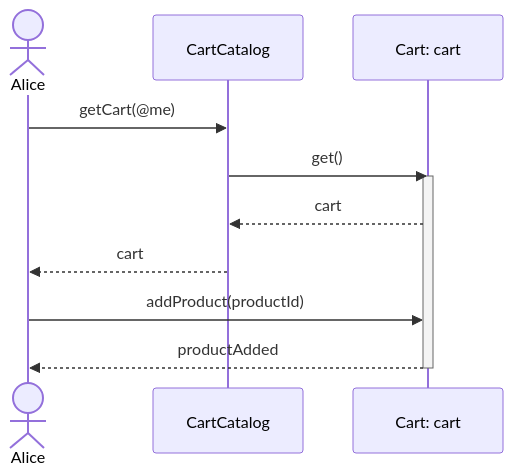
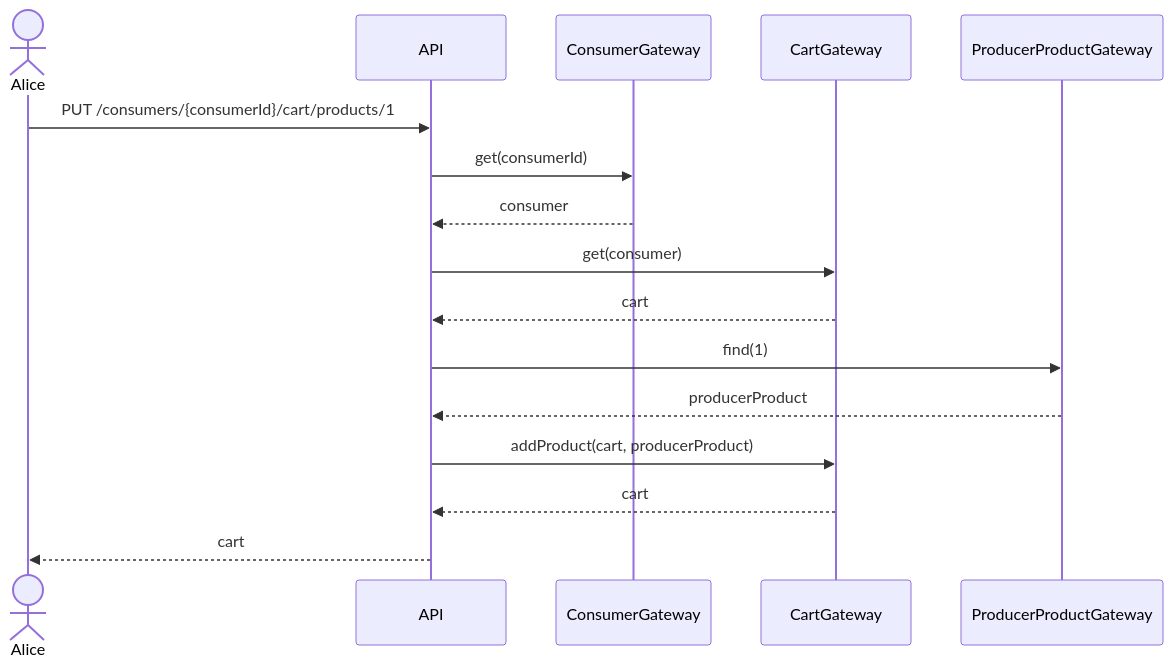
Before and after one commit to hivetown/planning: the fourth of 32 diagrams in sequence.md, drawn with Mermaid. The commit also changed other lines of this file, not shown here.

````diff
--- a/sequence.md
+++ b/sequence.md
@@ -94,15 +122,19 @@
 ```mermaid
 sequenceDiagram
     actor A as Alice
-    participant CC as CartCatalog
-    participant C as Cart: cart
+    participant API
+    participant CG as ConsumerGateway
+    participant CaG as CartGateway
+    participant PPG as ProducerProductGateway
 
-    A ->> CC: getCart(@me)
-    CC ->> C: get()
-    activate C
-    C -->> CC: cart
-    CC -->> A: cart
-    A ->> C: addProduct(productId)
-    C -->> A: productAdded
-    deactivate C
+    A ->> API: PUT /consumers/{consumerId}/cart/products/1
+    API ->> CG: get(consumerId)
+    CG -->> API: consumer
+    API ->> CaG: get(consumer)
+    CaG -->> API: cart
+    API ->> PPG: find(1)
+    PPG -->> API: producerProduct
+    API ->> CaG: addProduct(cart, producerProduct)
+    CaG -->> API: cart
+    API -->> A: cart
 ```
````
